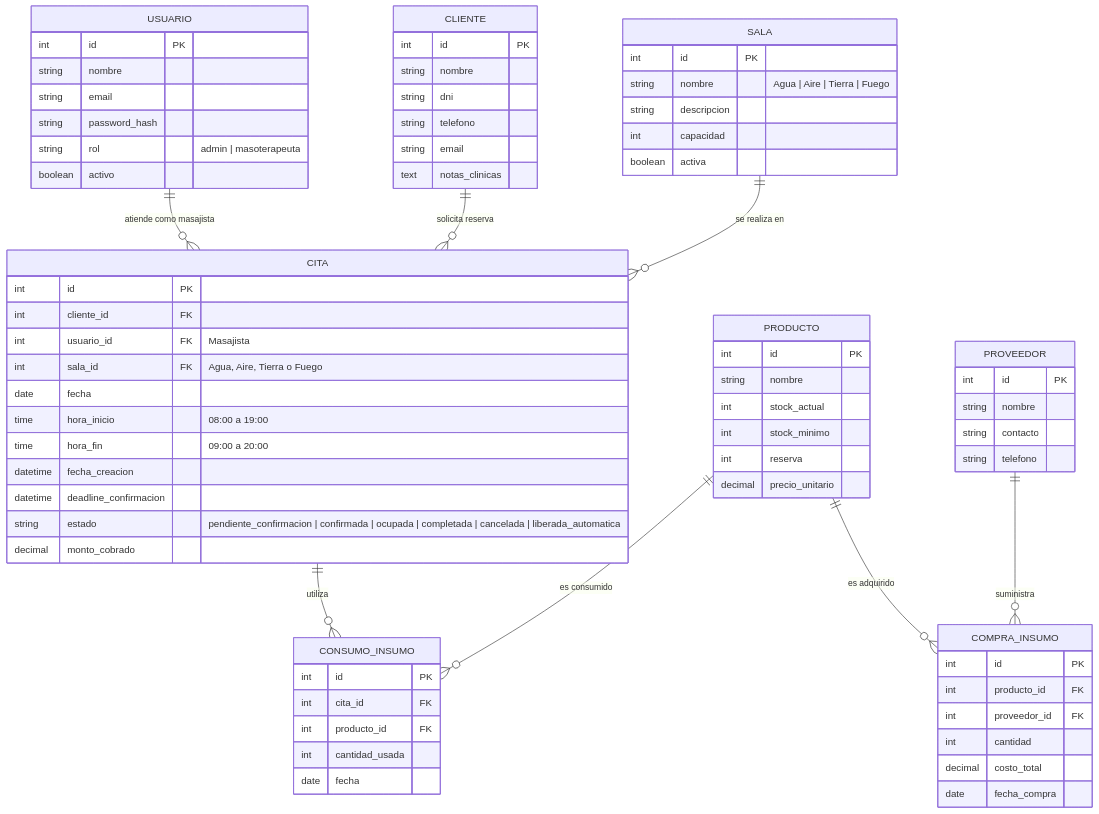
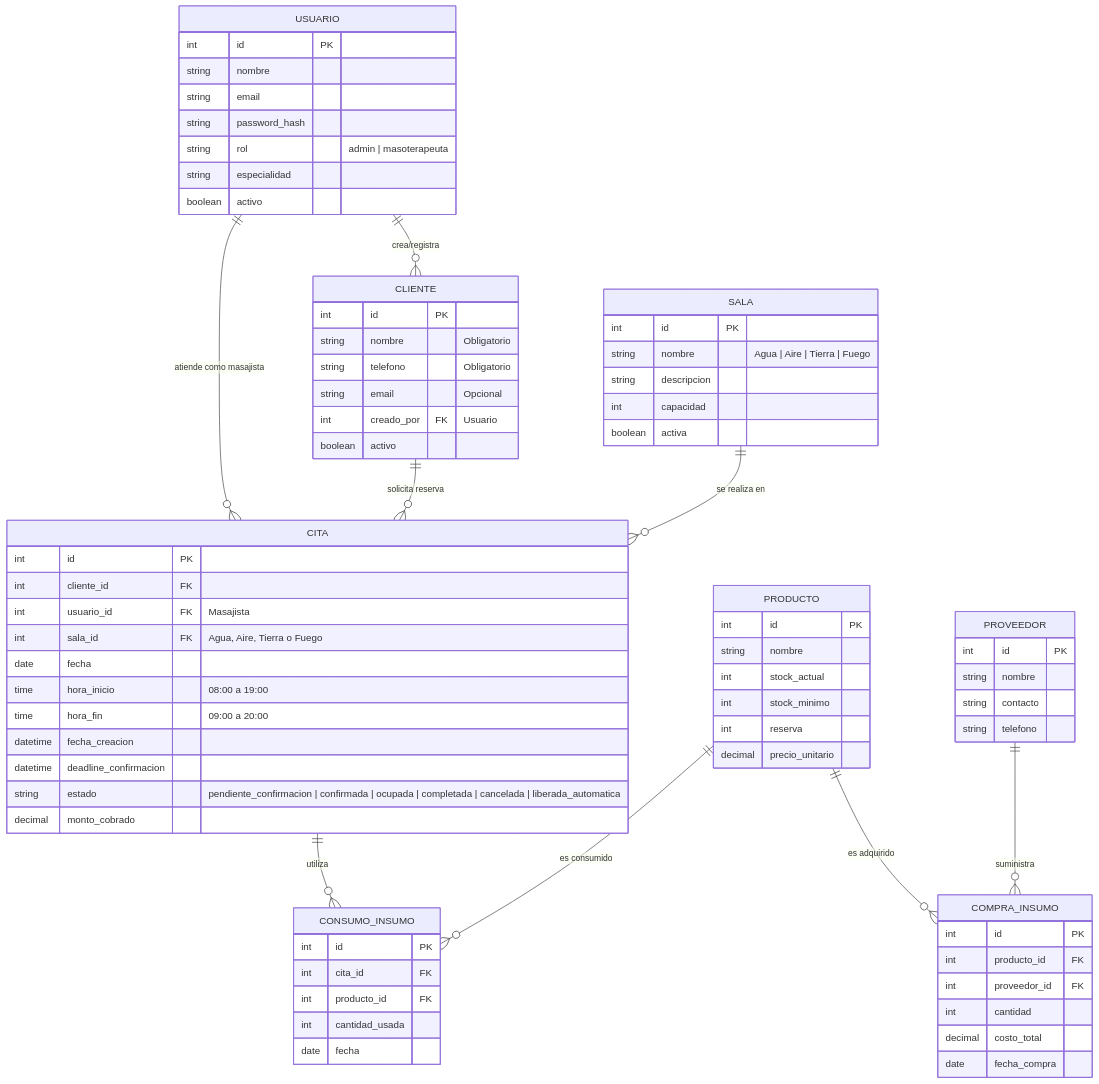
Before and after one commit to jsblanco88/Proyecto-Final: the third of 3 diagrams in docs/spec.md, drawn with Mermaid. The commit also changed other lines of this file and 22 other files, not shown here.

````diff
--- a/docs/spec.md
+++ b/docs/spec.md
@@ -139,6 +151,7 @@
 ```mermaid
 erDiagram
     USUARIO ||--o{ CITA : "atiende como masajista"
+    USUARIO ||--o{ CLIENTE : "crea/registra"
     CLIENTE ||--o{ CITA : "solicita reserva"
     SALA ||--o{ CITA : "se realiza en"
     CITA ||--o{ CONSUMO_INSUMO : "utiliza"
@@ -152,16 +165,17 @@
         string email
         string password_hash
         string rol "admin | masoterapeuta"
+        string especialidad
         boolean activo
     }
 
     CLIENTE {
         int id PK
-        string nombre
-        string dni
-        string telefono
-        string email
-        text notas_clinicas
+        string nombre "Obligatorio"
+        string telefono "Obligatorio"
+        string email "Opcional"
+        int creado_por FK "Usuario"
+        boolean activo
     }
 
     SALA {
````
